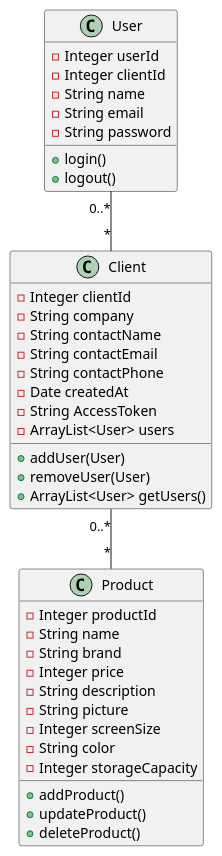
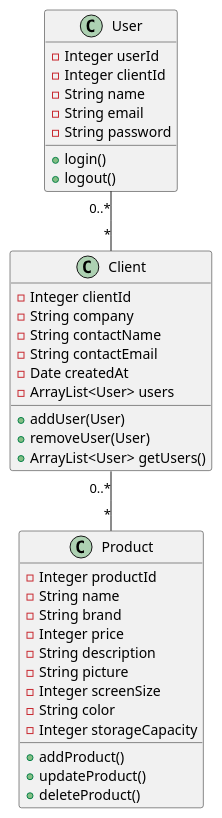
Before and after one commit to brianthiely/bilemo-api: the diagram in Diagramms/Class.puml, drawn with PlantUML. The commit also changed 23 other files, not shown here.

```diff
--- a/Diagramms/Class.puml
+++ b/Diagramms/Class.puml
@@ -1,52 +1,50 @@
 @startuml
 'https://plantuml.com/class-diagram
 Client "0..*" -- "*" Product
  User "0..*" -- "*" Client
 
 
 class Product {
     - Integer productId
     - String name
     - String brand
     - Integer price
     - String description
     - String picture
     - Integer screenSize
     - String color
     - Integer storageCapacity
 
     + addProduct()
     + updateProduct()
     + deleteProduct()
 }
 
 class Client {
     - Integer clientId
     - String company
     - String contactName
     - String contactEmail
-    - String contactPhone
     - Date createdAt
-    - String AccessToken
     - ArrayList<User> users
 
     + addUser(User)
     + removeUser(User)
     + ArrayList<User> getUsers()
 
 
 }
 
 class User {
     - Integer userId
     - Integer clientId
     - String name
     - String email
     - String password
 
     + login()
     + logout()
 
 }
 
 @enduml
```
